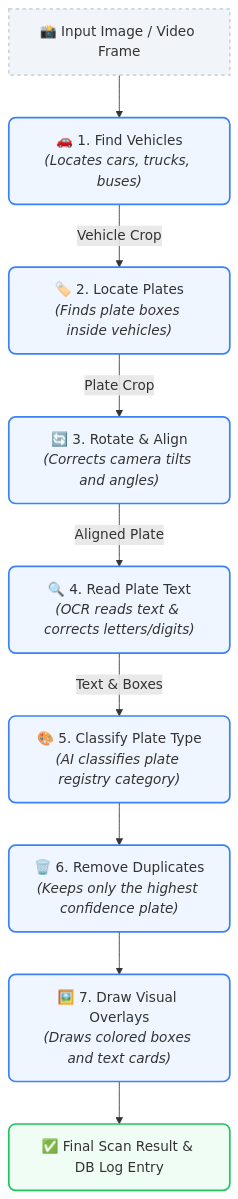
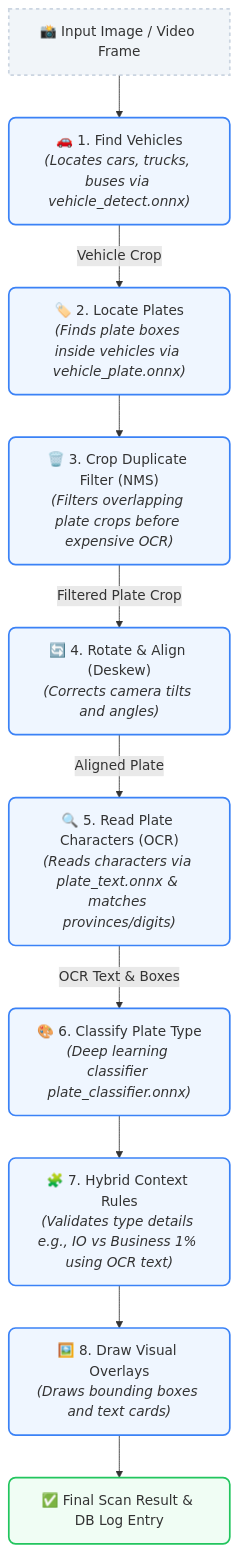
Before and after one commit to Billion101/laolicenceplate: the second of 2 diagrams in dev-document/ARCHITECTURE.md, drawn with Mermaid. The commit also changed other lines of this file and 3 other files, not shown here.

````diff
--- a/dev-document/ARCHITECTURE.md
+++ b/dev-document/ARCHITECTURE.md
@@ -44,30 +49,32 @@
 ```mermaid
 graph TD
     %% Define Styles for visual friendliness
     classDef input fill:#f1f5f9,stroke:#cbd5e1,stroke-width:2px,stroke-dasharray: 4 4;
     classDef step fill:#eff6ff,stroke:#3b82f6,stroke-width:2px,rx:8px,ry:8px;
     classDef output fill:#f0fdf4,stroke:#22c55e,stroke-width:2px,rx:8px,ry:8px;
 
     %% Nodes
     Inp["📸 Input Image / Video Frame"]:::input
     
-    Step1["🚗 1. Find Vehicles<br/><i>(Locates cars, trucks, buses)</i>"]:::step
-    Step2["🏷️ 2. Locate Plates<br/><i>(Finds plate boxes inside vehicles)</i>"]:::step
-    Step3["🔄 3. Rotate & Align<br/><i>(Corrects camera tilts and angles)</i>"]:::step
-    Step4["🔍 4. Read Plate Text<br/><i>(OCR reads text & corrects letters/digits)</i>"]:::step
-    Step5["🎨 5. Classify Plate Type<br/><i>(AI classifies plate registry category)</i>"]:::step
-    Step6["🗑️ 6. Remove Duplicates<br/><i>(Keeps only the highest confidence plate)</i>"]:::step
-    Step7["🖼️ 7. Draw Visual Overlays<br/><i>(Draws colored boxes and text cards)</i>"]:::step
+    Step1["🚗 1. Find Vehicles<br/><i>(Locates cars, trucks, buses via vehicle_detect.onnx)</i>"]:::step
+    Step2["🏷️ 2. Locate Plates<br/><i>(Finds plate boxes inside vehicles via vehicle_plate.onnx)</i>"]:::step
+    Step3["🗑️ 3. Crop Duplicate Filter (NMS)<br/><i>(Filters overlapping plate crops before expensive OCR)</i>"]:::step
+    Step4["🔄 4. Rotate & Align (Deskew)<br/><i>(Corrects camera tilts and angles)</i>"]:::step
+    Step5["🔍 5. Read Plate Characters (OCR)<br/><i>(Reads characters via plate_text.onnx & matches provinces/digits)</i>"]:::step
+    Step6["🎨 6. Classify Plate Type<br/><i>(Deep learning classifier plate_classifier.onnx)</i>"]:::step
+    Step7["🧩 7. Hybrid Context Rules<br/><i>(Validates type details e.g., IO vs Business 1% using OCR text)</i>"]:::step
+    Step8["🖼️ 8. Draw Visual Overlays<br/><i>(Draws bounding boxes and text cards)</i>"]:::step
     
     Out["✅ Final Scan Result & DB Log Entry"]:::output
 
     %% Flow connections
     Inp --> Step1
     Step1 -->|Vehicle Crop| Step2
-    Step2 -->|Plate Crop| Step3
-    Step3 -->|Aligned Plate| Step4
-    Step4 -->|Text & Boxes| Step5
-    Step5 --> Step6
+    Step2 --> Step3
+    Step3 -->|Filtered Plate Crop| Step4
+    Step4 -->|Aligned Plate| Step5
+    Step5 -->|OCR Text & Boxes| Step6
     Step6 --> Step7
-    Step7 --> Out
+    Step7 --> Step8
+    Step8 --> Out
 ```
````
